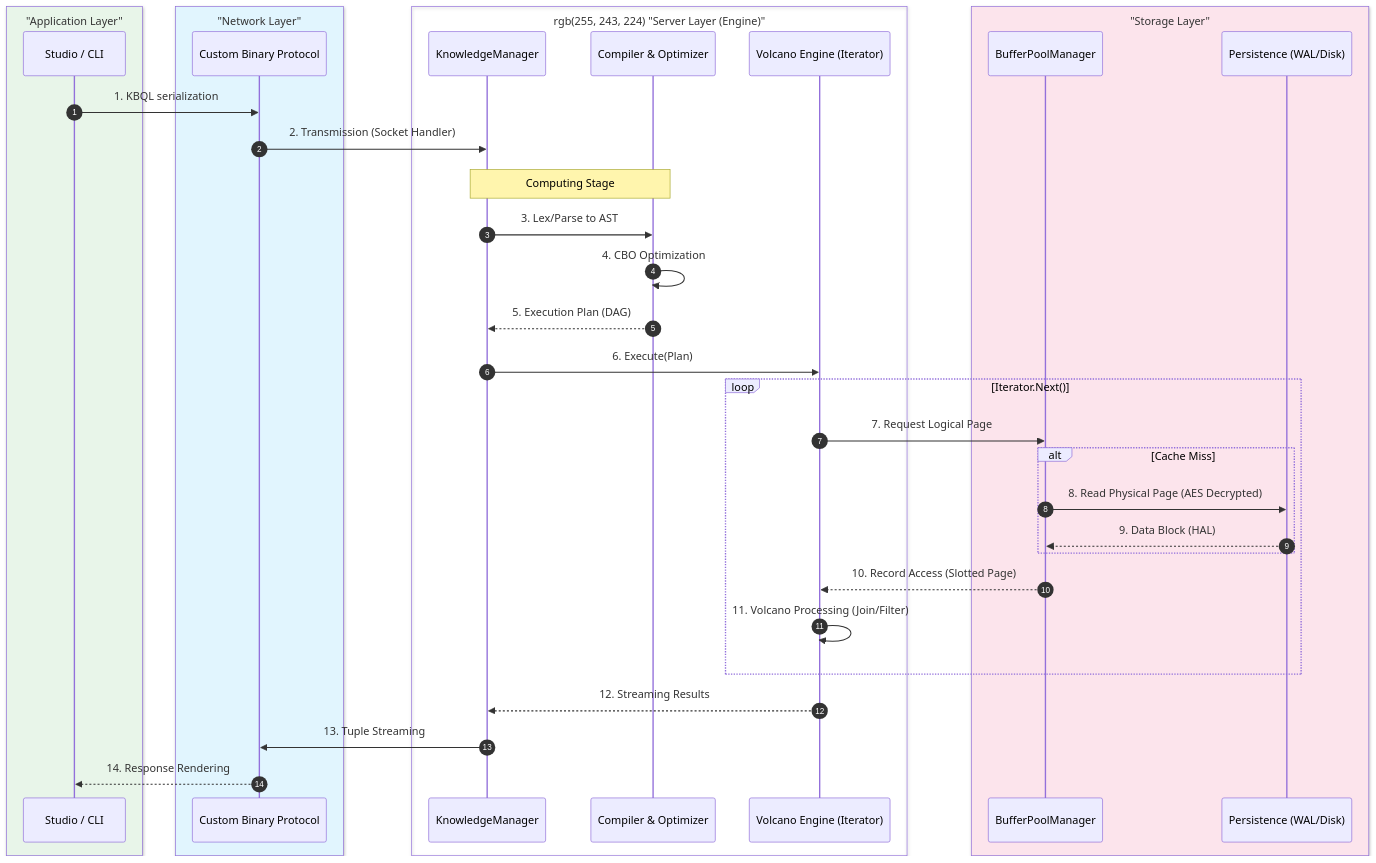
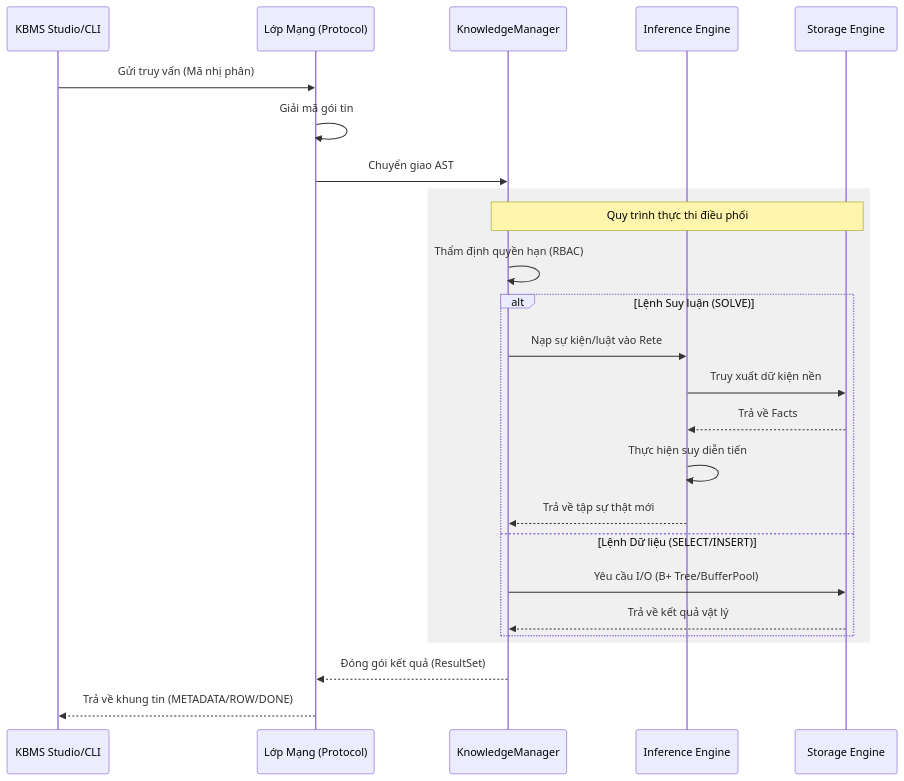
Before and after one commit to tranphat1506/KBMS: the diagram in docs/assets/diagrams/kbms_general_system_sequence.mmd, drawn with Mermaid. The commit also changed 105 other files, not shown here.

Commit message:
refactor: reorganize architecture documentation structure and update system diagrams

```diff
--- a/docs/assets/diagrams/kbms_general_system_sequence.mmd
+++ b/docs/assets/diagrams/kbms_general_system_sequence.mmd
@@ -1,45 +1,28 @@
 sequenceDiagram
-    autonumber
+    participant C as KBMS Studio/CLI
+    participant N as Lớp Mạng (Protocol)
+    participant S as KnowledgeManager
+    participant R as Inference Engine
+    participant ST as Storage Engine
+
+    C->>N: Gửi truy vấn (Mã nhị phân)
+    N->>N: Giải mã gói tin
+    N->>S: Chuyển giao AST
     
-    box rgb(232, 245, 233) "Application Layer"
-        participant App as Studio / CLI
+    rect rgb(240, 240, 240)
+    Note over S,ST: Quy trình thực thi điều phối
+    S->>S: Thẩm định quyền hạn (RBAC)
+    alt Lệnh Suy luận (SOLVE)
+        S->>R: Nạp sự kiện/luật vào Rete
+        R->>ST: Truy xuất dữ kiện nền
+        ST-->>R: Trả về Facts
+        R->>R: Thực hiện suy diễn tiến
+        R-->>S: Trả về tập sự thật mới
+    else Lệnh Dữ liệu (SELECT/INSERT)
+        S->>ST: Yêu cầu I/O (B+ Tree/BufferPool)
+        ST-->>S: Trả về kết quả vật lý
     end
-    box rgb(225, 245, 254) "Network Layer"
-        participant Net as Custom Binary Protocol
-    end
-    box rgb(255, 243, 224) "Server Layer (Engine)"
-        participant KM as KnowledgeManager
-        participant PE as Compiler & Optimizer
-        participant RE as Volcano Engine (Iterator)
-    end
-    box rgb(252, 228, 236) "Storage Layer"
-        participant BP as BufferPoolManager
-        participant DM as Persistence (WAL/Disk)
     end
 
-    App->>Net: 1. KBQL serialization
-    Net->>KM: 2. Transmission (Socket Handler)
-    
-    rect rgb(255, 255, 255)
-        Note over KM,PE: Computing Stage
-        KM->>PE: 3. Lex/Parse to AST
-        PE->>PE: 4. CBO Optimization
-        PE-->>KM: 5. Execution Plan (DAG)
-    end
-
-    KM->>RE: 6. Execute(Plan)
-    
-    loop Iterator.Next()
-        RE->>BP: 7. Request Logical Page
-        alt Cache Miss
-            BP->>DM: 8. Read Physical Page (AES Decrypted)
-            DM-->>BP: 9. Data Block (HAL)
-        end
-        BP-->>RE: 10. Record Access (Slotted Page)
-        RE->>RE: 11. Volcano Processing (Join/Filter)
-    end
-
-    RE-->>KM: 12. Streaming Results
-    
-    KM->>Net: 13. Tuple Streaming
-    Net-->>App: 14. Response Rendering
+    S-->>N: Đóng gói kết quả (ResultSet)
+    N-->>C: Trả về khung tin (METADATA/ROW/DONE)
```
